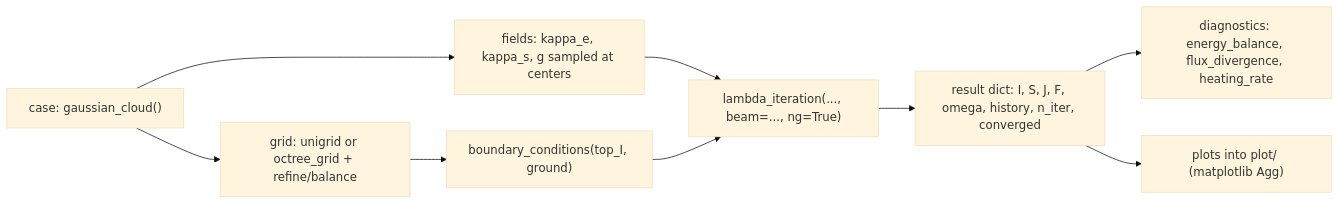
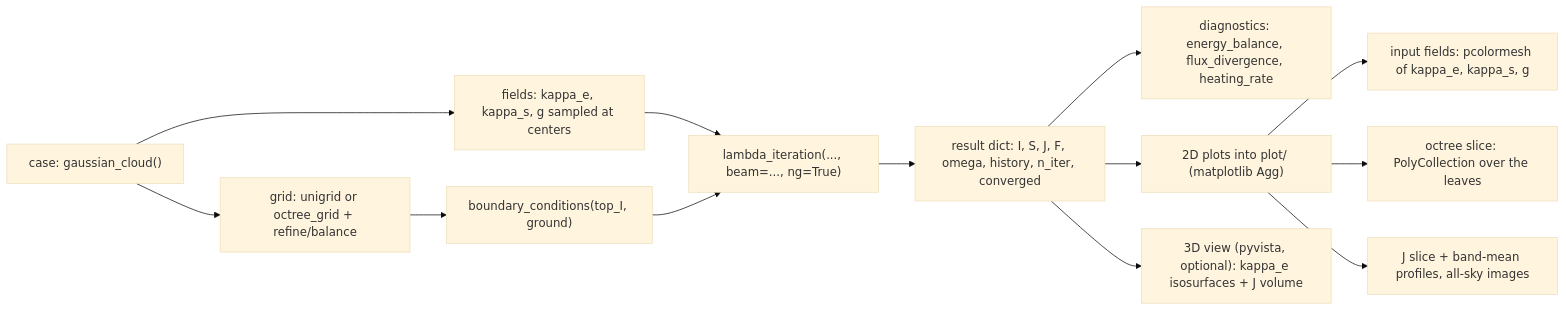
The fifth of 5 diagrams in MANUAL.md (m-brath/3d_rt), drawn with Mermaid (base theme) before and after one commit. The commit also changed other lines of this file and 6 other files, not shown here.

````diff
--- a/MANUAL.md
+++ b/MANUAL.md
@@ -839,11 +847,15 @@
 ```mermaid
 flowchart LR
     A["case: gaussian_cloud()"] --> B["grid: unigrid or octree_grid + refine/balance"]
     A --> C["fields: kappa_e, kappa_s, g sampled at centers"]
     B --> D["boundary_conditions(top_I, ground)"]
     C --> E["lambda_iteration(..., beam=..., ng=True)"]
     D --> E
     E --> F["result dict: I, S, J, F, omega, history, n_iter, converged"]
     F --> G["diagnostics: energy_balance, flux_divergence, heating_rate"]
-    F --> H["plots into plot/ (matplotlib Agg)"]
+    F --> H["2D plots into plot/ (matplotlib Agg)"]
+    H --> H1["input fields: pcolormesh of kappa_e, kappa_s, g"]
+    H --> H2["octree slice: PolyCollection over the leaves"]
+    H --> H3["J slice + band-mean profiles, all-sky images"]
+    F --> I["3D view (pyvista, optional): kappa_e isosurfaces + J volume"]
 ```
````
